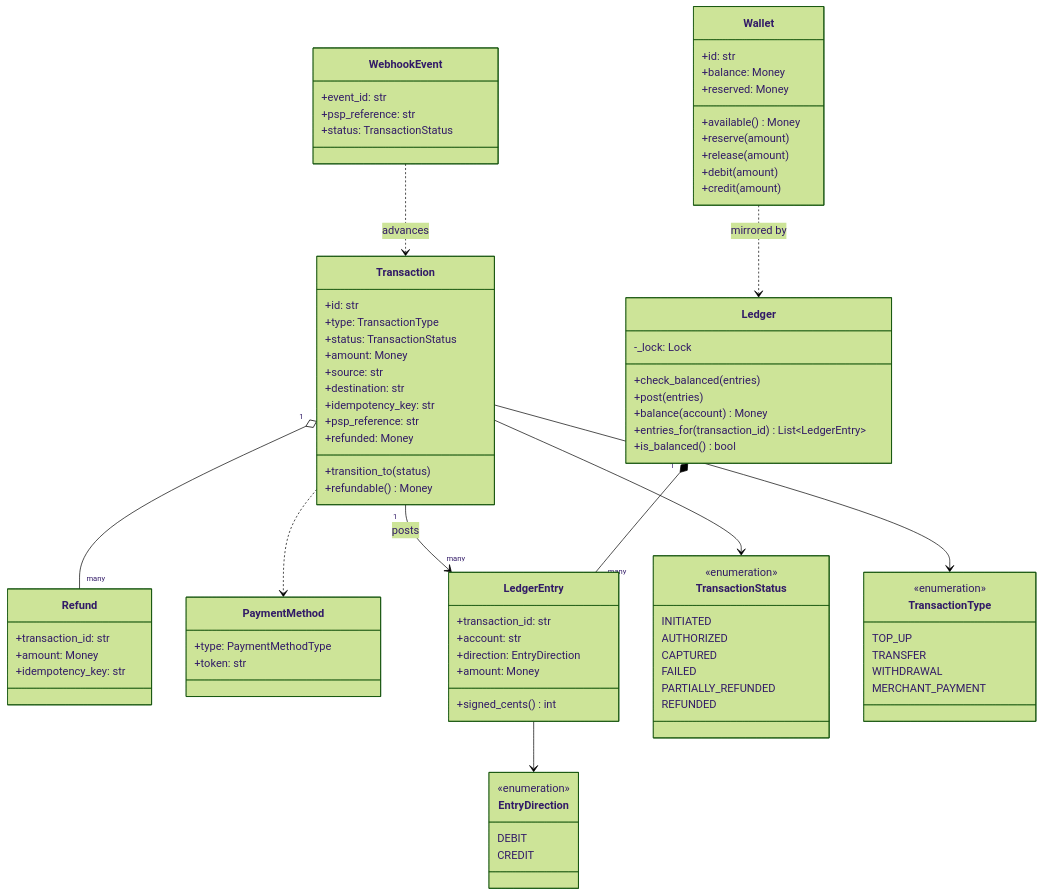
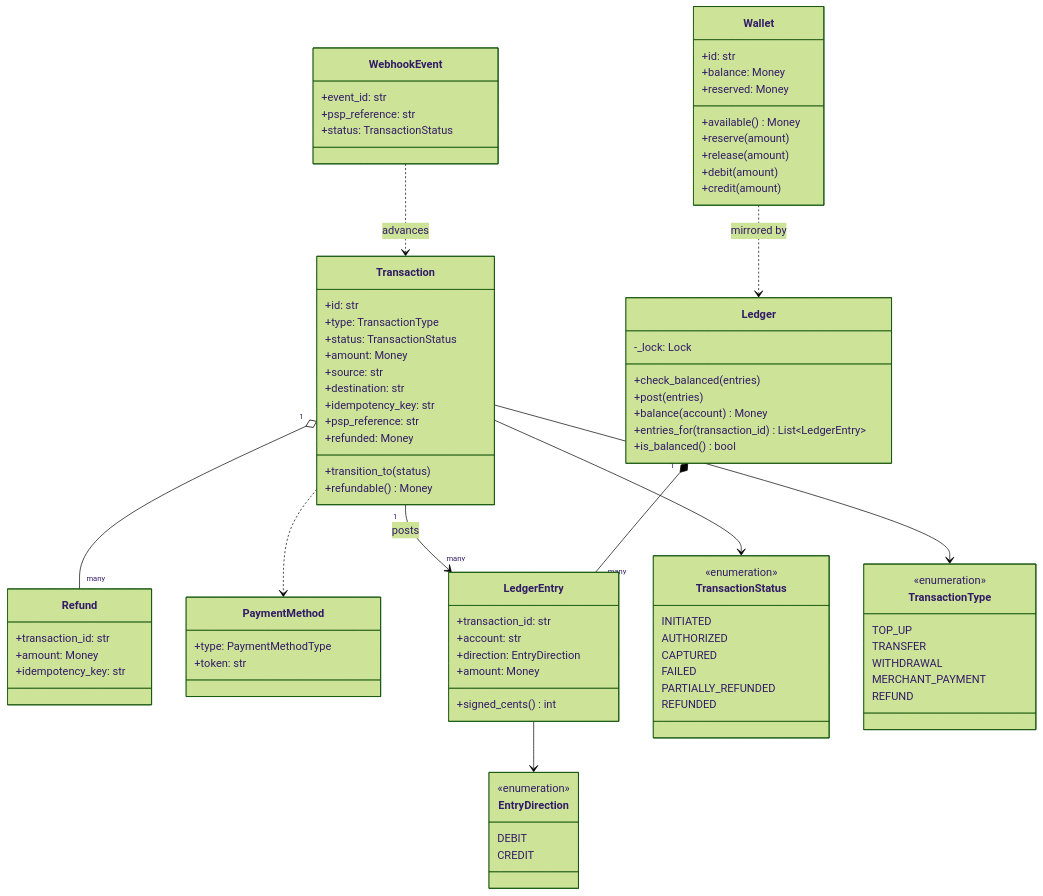
Before and after one commit to param087/hld-lld-interview-handbook: the first of 4 diagrams in docs/lld/problems/payment-gateway-wallet.md, drawn with Mermaid (forest theme). The commit also changed other lines of this file and 25 other files, not shown here.

```diff
--- a/docs/lld/problems/payment-gateway-wallet.md
+++ b/docs/lld/problems/payment-gateway-wallet.md
@@ -134,6 +134,7 @@
         TRANSFER
         WITHDRAWAL
         MERCHANT_PAYMENT
+        REFUND
     }
     class EntryDirection {
         <<enumeration>>
```
